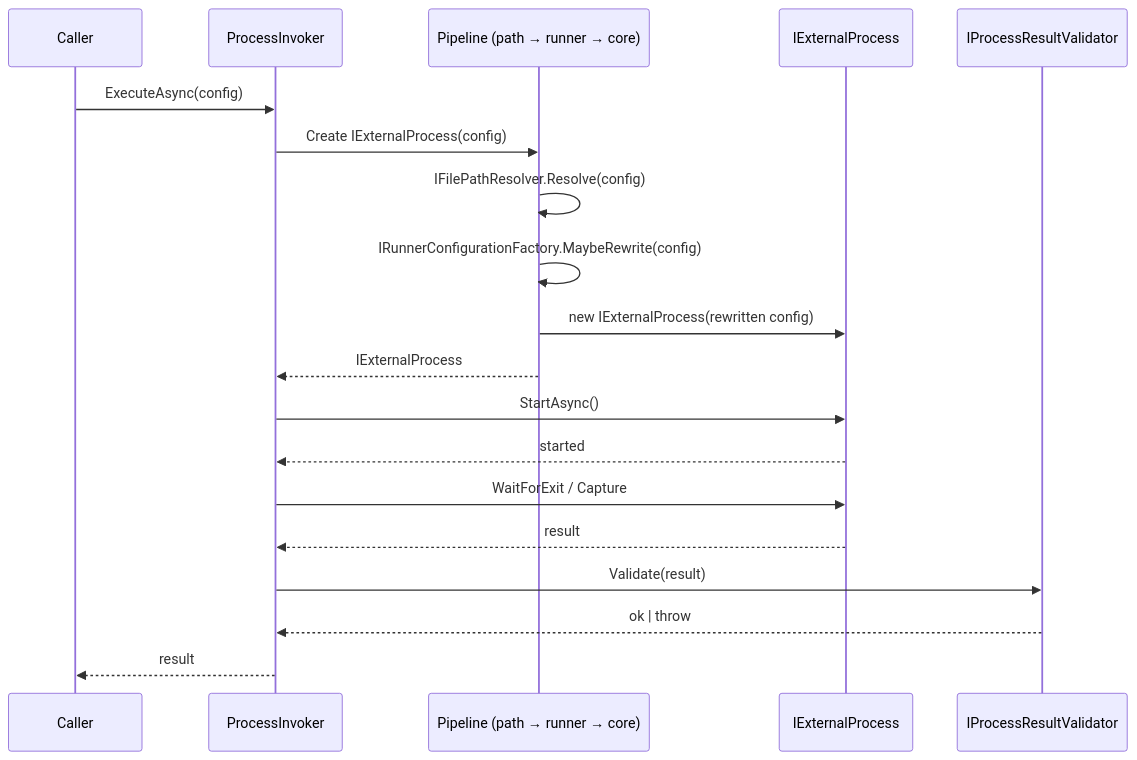
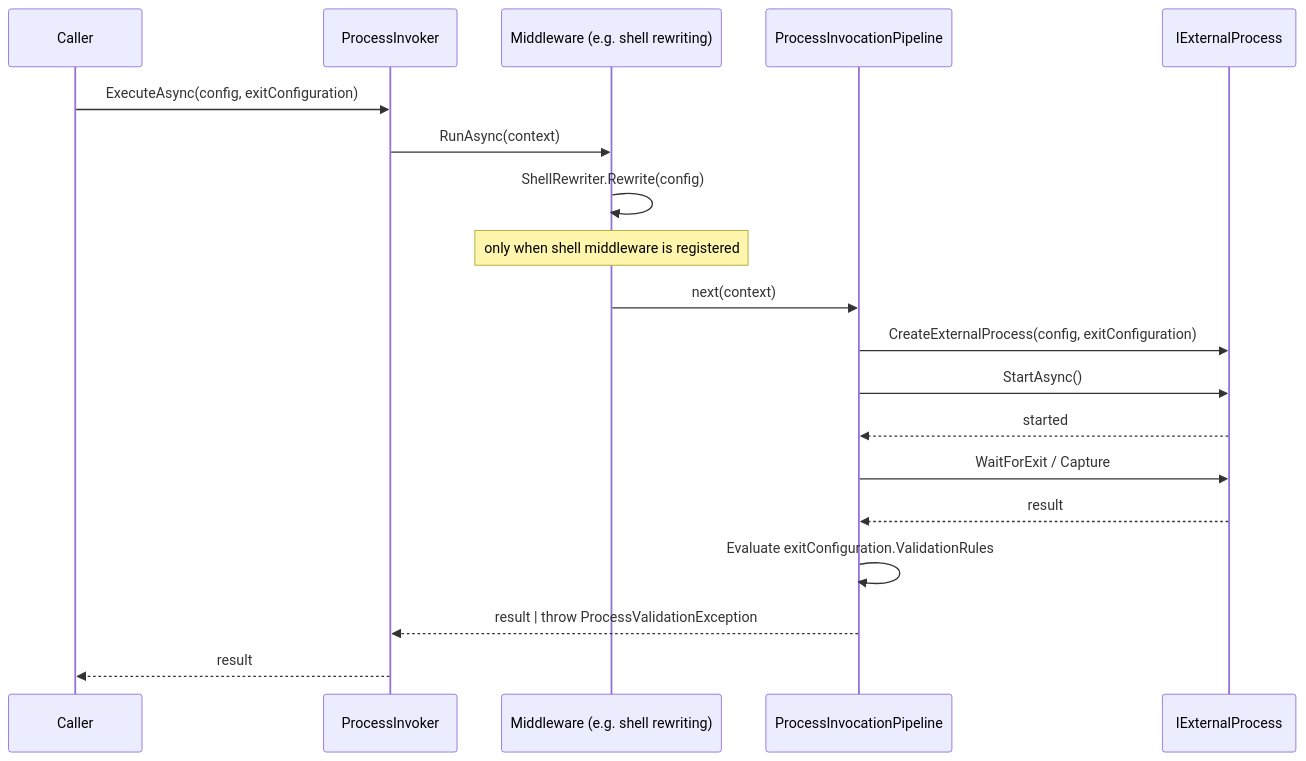
One commit to alastairlundy/CliInvoke changed the third of 3 diagrams in site/docs/guides/architecture.md. Above: the diagram before and after it, drawn with Mermaid. The commit also changed other lines of this file and 1 other file, not shown here.

First line of the commit message:
docs: correct validation and runner-wrapping mechanisms in guides

````diff
--- a/site/docs/guides/architecture.md
+++ b/site/docs/guides/architecture.md
@@ -443,22 +467,22 @@
 ```mermaid
 sequenceDiagram
     participant Caller
     participant Invoker as ProcessInvoker
-    participant Pipeline as Pipeline (path → runner → core)
+    participant Middleware as Middleware (e.g. shell rewriting)
+    participant Pipeline as ProcessInvocationPipeline
     participant Process as IExternalProcess
-    participant Validator as IProcessResultValidator
 
-    Caller->>Invoker: ExecuteAsync(config)
-    Invoker->>Pipeline: Create IExternalProcess(config)
-    Pipeline->>Pipeline: IFilePathResolver.Resolve(config)
-    Pipeline->>Pipeline: IRunnerConfigurationFactory.MaybeRewrite(config)
-    Pipeline->>Process: new IExternalProcess(rewritten config)
-    Pipeline-->>Invoker: IExternalProcess
-    Invoker->>Process: StartAsync()
-    Process-->>Invoker: started
-    Invoker->>Process: WaitForExit / Capture
-    Process-->>Invoker: result
-    Invoker->>Validator: Validate(result)
-    Validator-->>Invoker: ok | throw
+    Caller->>Invoker: ExecuteAsync(config, exitConfiguration)
+    Invoker->>Middleware: RunAsync(context)
+    Middleware->>Middleware: ShellRewriter.Rewrite(config)
+    Note over Middleware: only when shell middleware is registered
+    Middleware->>Pipeline: next(context)
+    Pipeline->>Process: CreateExternalProcess(config, exitConfiguration)
+    Pipeline->>Process: StartAsync()
+    Process-->>Pipeline: started
+    Pipeline->>Process: WaitForExit / Capture
+    Process-->>Pipeline: result
+    Pipeline->>Pipeline: Evaluate exitConfiguration.ValidationRules
+    Pipeline-->>Invoker: result | throw ProcessValidationException
     Invoker-->>Caller: result
 ```
````
